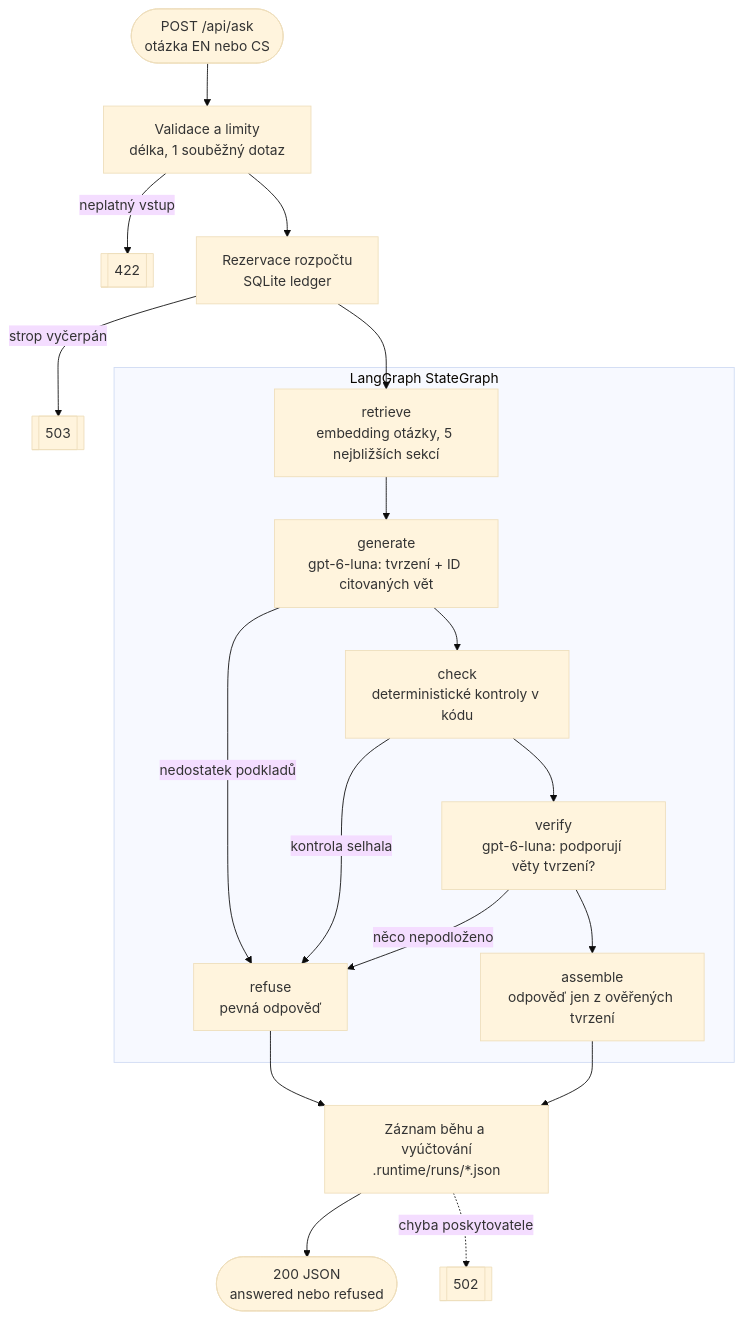
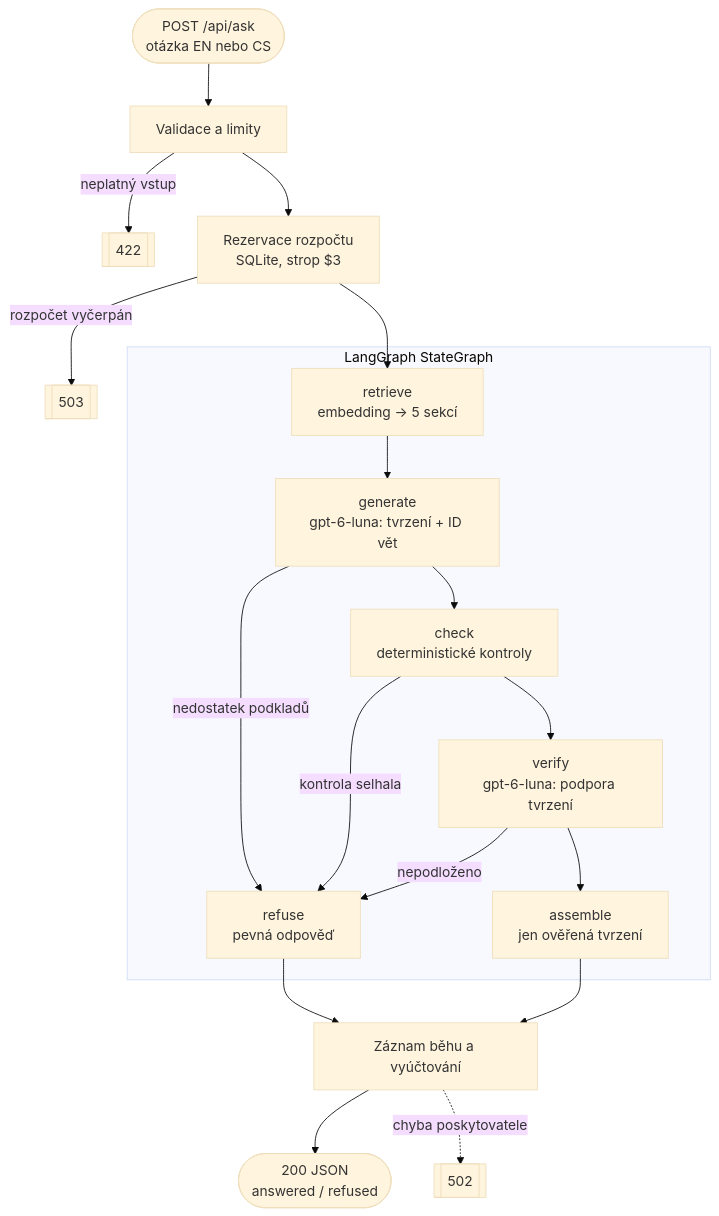
Before and after one commit to podstawkamartin/Citarilo: the first of 2 diagrams in docs/architecture.md, drawn with Mermaid (base theme). The commit also changed other lines of this file, not shown here.

Commit message:
Tighten architecture after final validation

````diff
--- a/docs/architecture.md
+++ b/docs/architecture.md
@@ -8,23 +9,21 @@
 ```mermaid
 flowchart TD
-    Q(["POST /api/ask<br/>otázka EN nebo CS"]) --> V["Validace a limity<br/>délka, 1 souběžný dotaz"]
+    Q(["POST /api/ask<br/>otázka EN nebo CS"]) --> V["Validace a limity"]
     V -->|neplatný vstup| E422[["422"]]
-    V --> B["Rezervace rozpočtu<br/>SQLite ledger"]
-    B -->|strop vyčerpán| E503[["503"]]
+    V --> B["Rezervace rozpočtu<br/>SQLite, strop $3"]
+    B -->|rozpočet vyčerpán| E503[["503"]]
     B --> R
-
     subgraph LG ["LangGraph StateGraph"]
-        R["retrieve<br/>embedding otázky, 5 nejbližších sekcí"] --> G["generate<br/>gpt-6-luna: tvrzení + ID citovaných vět"]
+        R["retrieve<br/>embedding → 5 sekcí"] --> G["generate<br/>gpt-6-luna: tvrzení + ID vět"]
         G -->|nedostatek podkladů| X["refuse<br/>pevná odpověď"]
-        G --> C["check<br/>deterministické kontroly v kódu"]
+        G --> C["check<br/>deterministické kontroly"]
         C -->|kontrola selhala| X
-        C --> VR["verify<br/>gpt-6-luna: podporují věty tvrzení?"]
-        VR -->|něco nepodloženo| X
-        VR --> A["assemble<br/>odpověď jen z ověřených tvrzení"]
+        C --> VR["verify<br/>gpt-6-luna: podpora tvrzení"]
+        VR -->|nepodloženo| X
+        VR --> A["assemble<br/>jen ověřená tvrzení"]
     end
-
-    A --> REC["Záznam běhu a vyúčtování<br/>.runtime/runs/*.json"]
+    A --> REC["Záznam běhu a vyúčtování"]
     X --> REC
-    REC --> OUT(["200 JSON<br/>answered nebo refused"])
+    REC --> OUT(["200 JSON<br/>answered / refused"])
     REC -.->|chyba poskytovatele| E502[["502"]]
 ```
````
